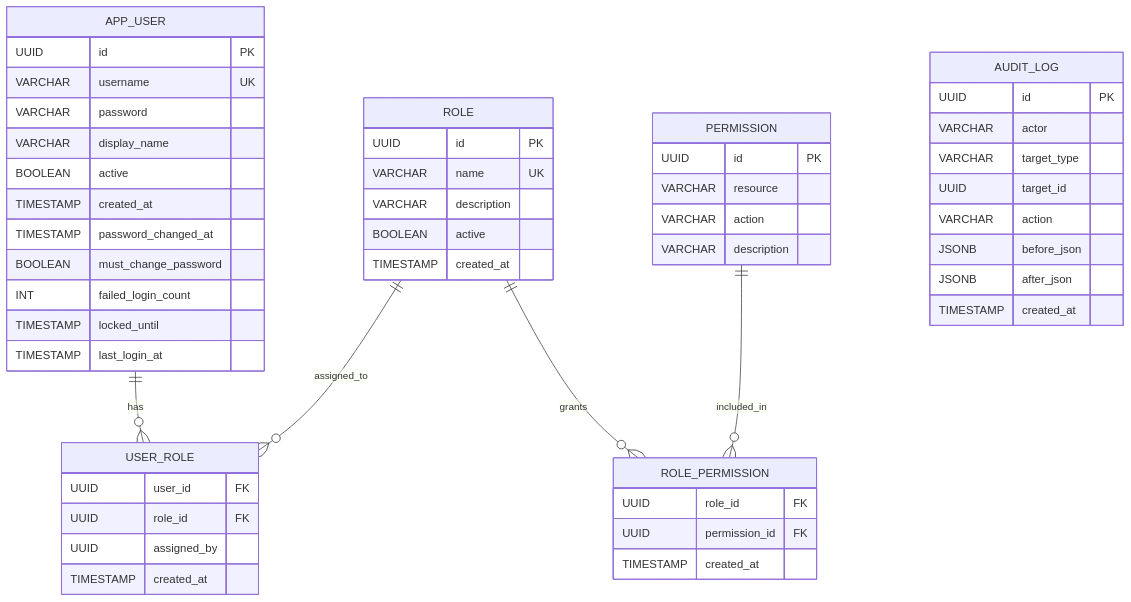
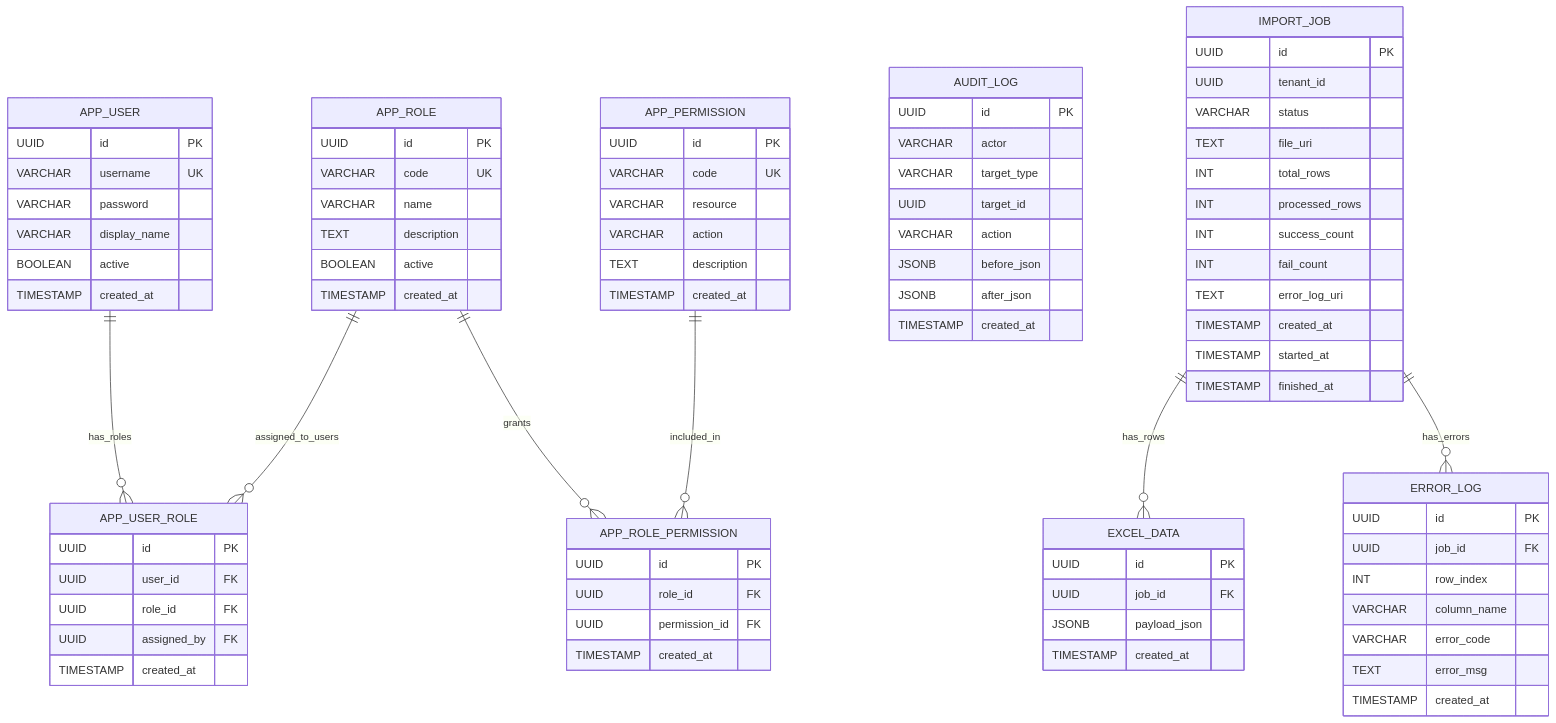
One commit to SEUNGH00N/tmp changed the first of 2 diagrams in ERD.md. Above: the diagram before and after it, drawn with Mermaid. The commit also changed other lines of this file and 39 other files, not shown here.

````diff
--- a/ERD.md
+++ b/ERD.md
@@ -75,10 +13,5 @@
 ```mermaid
 erDiagram
-  APP_USER ||--o{ USER_ROLE : has
-  ROLE ||--o{ USER_ROLE : assigned_to
-  ROLE ||--o{ ROLE_PERMISSION : grants
-  PERMISSION ||--o{ ROLE_PERMISSION : included_in
-
   APP_USER {
     UUID id PK
     VARCHAR username UK
@@ -86,36 +19,36 @@
     VARCHAR display_name
     BOOLEAN active
     TIMESTAMP created_at
-    TIMESTAMP password_changed_at
-    BOOLEAN must_change_password
-    INT failed_login_count
-    TIMESTAMP locked_until
-    TIMESTAMP last_login_at
   }
 
-  ROLE {
+  APP_ROLE {
     UUID id PK
-    VARCHAR name UK
-    VARCHAR description
+    VARCHAR code UK
+    VARCHAR name
+    TEXT description
     BOOLEAN active
     TIMESTAMP created_at
   }
 
-  PERMISSION {
+  APP_PERMISSION {
     UUID id PK
+    VARCHAR code UK
     VARCHAR resource
     VARCHAR action
-    VARCHAR description
-  }
-
-  USER_ROLE {
-    UUID user_id FK
-    UUID role_id FK
-    UUID assigned_by
+    TEXT description
     TIMESTAMP created_at
   }
 
-  ROLE_PERMISSION {
+  APP_USER_ROLE {
+    UUID id PK
+    UUID user_id FK
+    UUID role_id FK
+    UUID assigned_by FK
+    TIMESTAMP created_at
+  }
+
+  APP_ROLE_PERMISSION {
+    UUID id PK
     UUID role_id FK
     UUID permission_id FK
     TIMESTAMP created_at
@@ -131,4 +64,44 @@
     JSONB after_json
     TIMESTAMP created_at
   }
+
+  IMPORT_JOB {
+    UUID id PK
+    UUID tenant_id
+    VARCHAR status
+    TEXT file_uri
+    INT total_rows
+    INT processed_rows
+    INT success_count
+    INT fail_count
+    TEXT error_log_uri
+    TIMESTAMP created_at
+    TIMESTAMP started_at
+    TIMESTAMP finished_at
+  }
+
+  EXCEL_DATA {
+    UUID id PK
+    UUID job_id FK
+    JSONB payload_json
+    TIMESTAMP created_at
+  }
+
+  ERROR_LOG {
+    UUID id PK
+    UUID job_id FK
+    INT row_index
+    VARCHAR column_name
+    VARCHAR error_code
+    TEXT error_msg
+    TIMESTAMP created_at
+  }
+
+  APP_USER ||--o{ APP_USER_ROLE : has_roles
+  APP_ROLE ||--o{ APP_USER_ROLE : assigned_to_users
+  APP_ROLE ||--o{ APP_ROLE_PERMISSION : grants
+  APP_PERMISSION ||--o{ APP_ROLE_PERMISSION : included_in
+
+  IMPORT_JOB ||--o{ EXCEL_DATA : has_rows
+  IMPORT_JOB ||--o{ ERROR_LOG : has_errors
 ```
````
